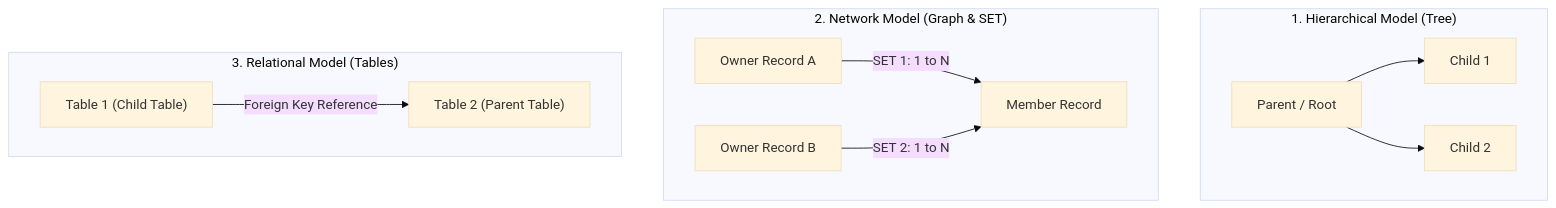
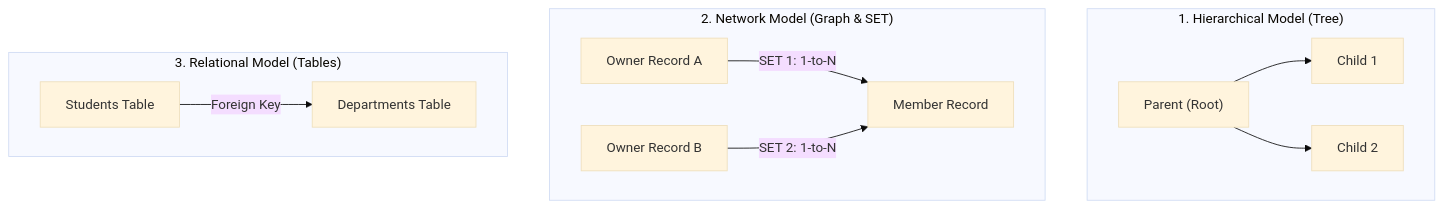
Diagram 13 of 19 in all-theories-with-previous-questions-attached/database.md (daihan054/Govt-it-question-bank-last-16-years-compact-it), drawn with Mermaid (base theme) before and after one commit. The commit also changed other lines of this file, not shown here.

````diff
--- a/all-theories-with-previous-questions-attached/database.md
+++ b/all-theories-with-previous-questions-attached/database.md
@@ -1732,16 +1843,16 @@
 ```mermaid
 flowchart TD
-    subgraph HIERARCHICAL["1. Hierarchical Model (Tree)"]
-        H_ROOT["Parent / Root"] --> H_C1["Child 1"]
-        H_ROOT --> H_C2["Child 2"]
+    subgraph HIER["1. Hierarchical Model (Tree)"]
+        H1["Parent (Root)"] --> H2["Child 1"]
+        H1 --> H3["Child 2"]
     end
 
-    subgraph NETWORK["2. Network Model (Graph & SET)"]
-        N_O1["Owner Record A"] -->|"SET 1: 1 to N"| N_M1["Member Record"]
-        N_O2["Owner Record B"] -->|"SET 2: 1 to N"| N_M1
+    subgraph NETW["2. Network Model (Graph & SET)"]
+        O1["Owner Record A"] -->|"SET 1: 1-to-N"| M1["Member Record"]
+        O2["Owner Record B"] -->|"SET 2: 1-to-N"| M1
     end
 
-    subgraph RELATIONAL["3. Relational Model (Tables)"]
-        R_T1["Table 1 (Child Table)"] -->|"Foreign Key Reference"| R_T2["Table 2 (Parent Table)"]
+    subgraph RELA["3. Relational Model (Tables)"]
+        T1["Students Table"] -->|"Foreign Key"| T2["Departments Table"]
     end
 ```
````
